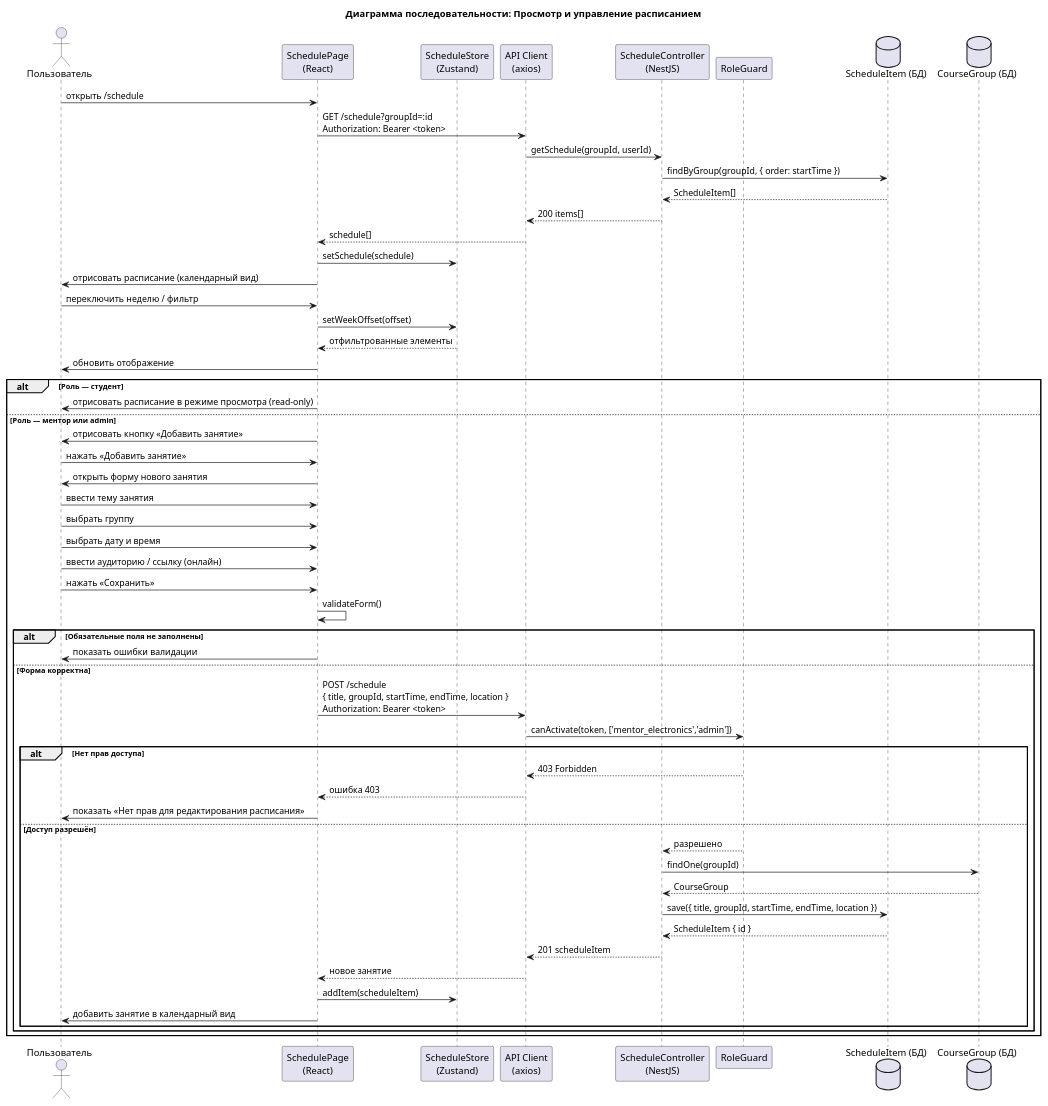
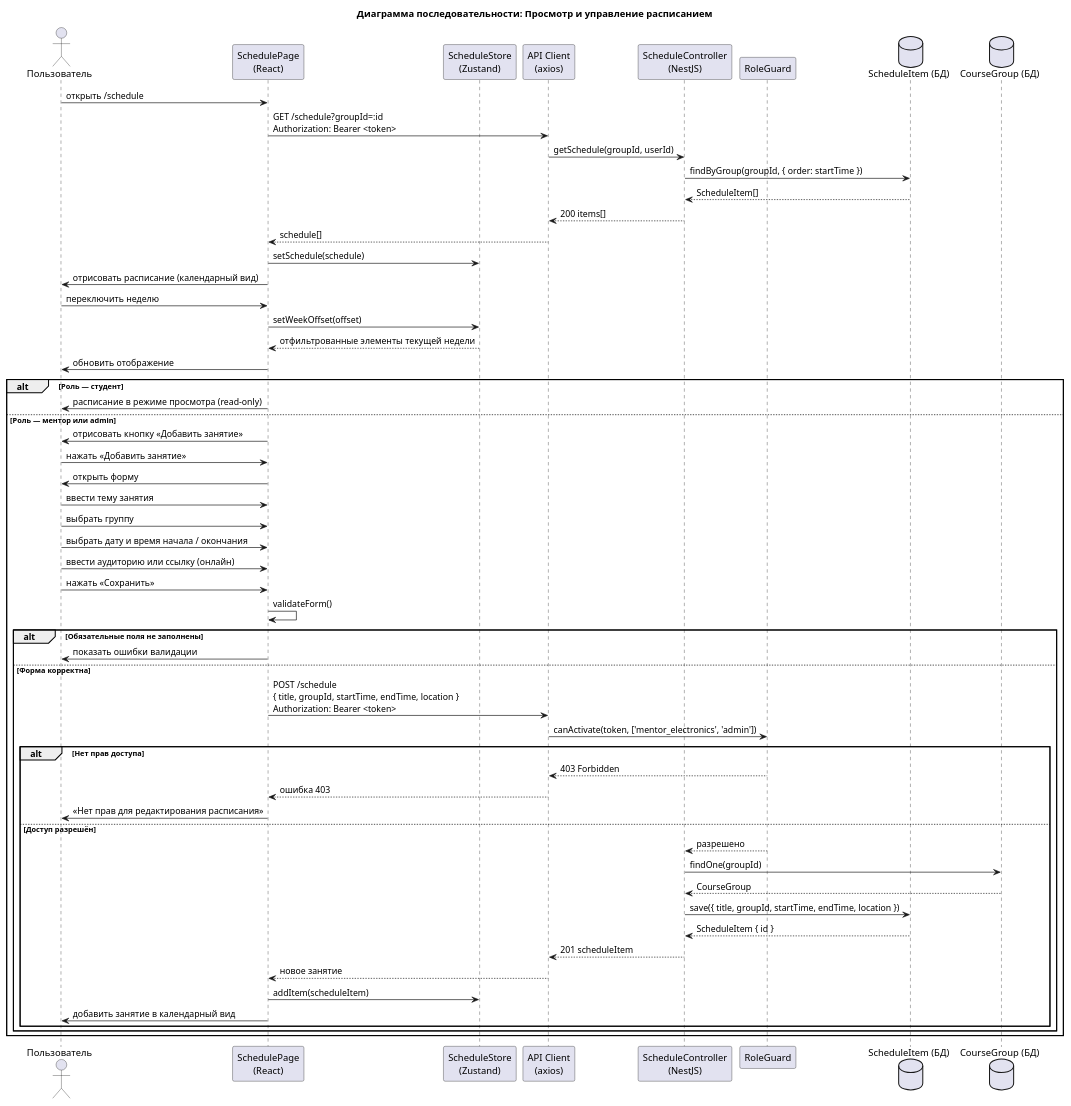
The diagram in пояснительная записка/diagrams/seq_14_schedule.puml (DoniZefironi/ASOI-Diploma), drawn with PlantUML before and after one commit. The commit also changed 33 other files, not shown here.

```diff
--- a/пояснительная записка/diagrams/seq_14_schedule.puml
+++ b/пояснительная записка/diagrams/seq_14_schedule.puml
@@ -1,66 +1,66 @@
 @startuml
 title Диаграмма последовательности: Просмотр и управление расписанием
 
 actor Пользователь as U
 participant "SchedulePage\n(React)" as SP
 participant "ScheduleStore\n(Zustand)" as SS
 participant "API Client\n(axios)" as API
 participant "ScheduleController\n(NestJS)" as SC
 participant "RoleGuard" as RG
 database "ScheduleItem (БД)" as SchDB
 database "CourseGroup (БД)" as GDB
 
 U -> SP: открыть /schedule
 SP -> API: GET /schedule?groupId=:id\nAuthorization: Bearer <token>
 API -> SC: getSchedule(groupId, userId)
 SC -> SchDB: findByGroup(groupId, { order: startTime })
 SchDB --> SC: ScheduleItem[]
 SC --> API: 200 items[]
 API --> SP: schedule[]
 SP -> SS: setSchedule(schedule)
 SP -> U: отрисовать расписание (календарный вид)
 
-U -> SP: переключить неделю / фильтр
+U -> SP: переключить неделю
 SP -> SS: setWeekOffset(offset)
-SS --> SP: отфильтрованные элементы
+SS --> SP: отфильтрованные элементы текущей недели
 SP -> U: обновить отображение
 
 alt Роль — студент
-  SP -> U: отрисовать расписание в режиме просмотра (read-only)
+  SP -> U: расписание в режиме просмотра (read-only)
 else Роль — ментор или admin
   SP -> U: отрисовать кнопку «Добавить занятие»
 
   U -> SP: нажать «Добавить занятие»
-  SP -> U: открыть форму нового занятия
+  SP -> U: открыть форму
   U -> SP: ввести тему занятия
   U -> SP: выбрать группу
-  U -> SP: выбрать дату и время
-  U -> SP: ввести аудиторию / ссылку (онлайн)
+  U -> SP: выбрать дату и время начала / окончания
+  U -> SP: ввести аудиторию или ссылку (онлайн)
   U -> SP: нажать «Сохранить»
   SP -> SP: validateForm()
 
   alt Обязательные поля не заполнены
     SP -> U: показать ошибки валидации
   else Форма корректна
     SP -> API: POST /schedule\n{ title, groupId, startTime, endTime, location }\nAuthorization: Bearer <token>
-    API -> RG: canActivate(token, ['mentor_electronics','admin'])
+    API -> RG: canActivate(token, ['mentor_electronics', 'admin'])
 
     alt Нет прав доступа
       RG --> API: 403 Forbidden
       API --> SP: ошибка 403
-      SP -> U: показать «Нет прав для редактирования расписания»
+      SP -> U: «Нет прав для редактирования расписания»
     else Доступ разрешён
       RG --> SC: разрешено
       SC -> GDB: findOne(groupId)
       GDB --> SC: CourseGroup
       SC -> SchDB: save({ title, groupId, startTime, endTime, location })
       SchDB --> SC: ScheduleItem { id }
       SC --> API: 201 scheduleItem
       API --> SP: новое занятие
       SP -> SS: addItem(scheduleItem)
       SP -> U: добавить занятие в календарный вид
     end
   end
 end
 
 @enduml
```
